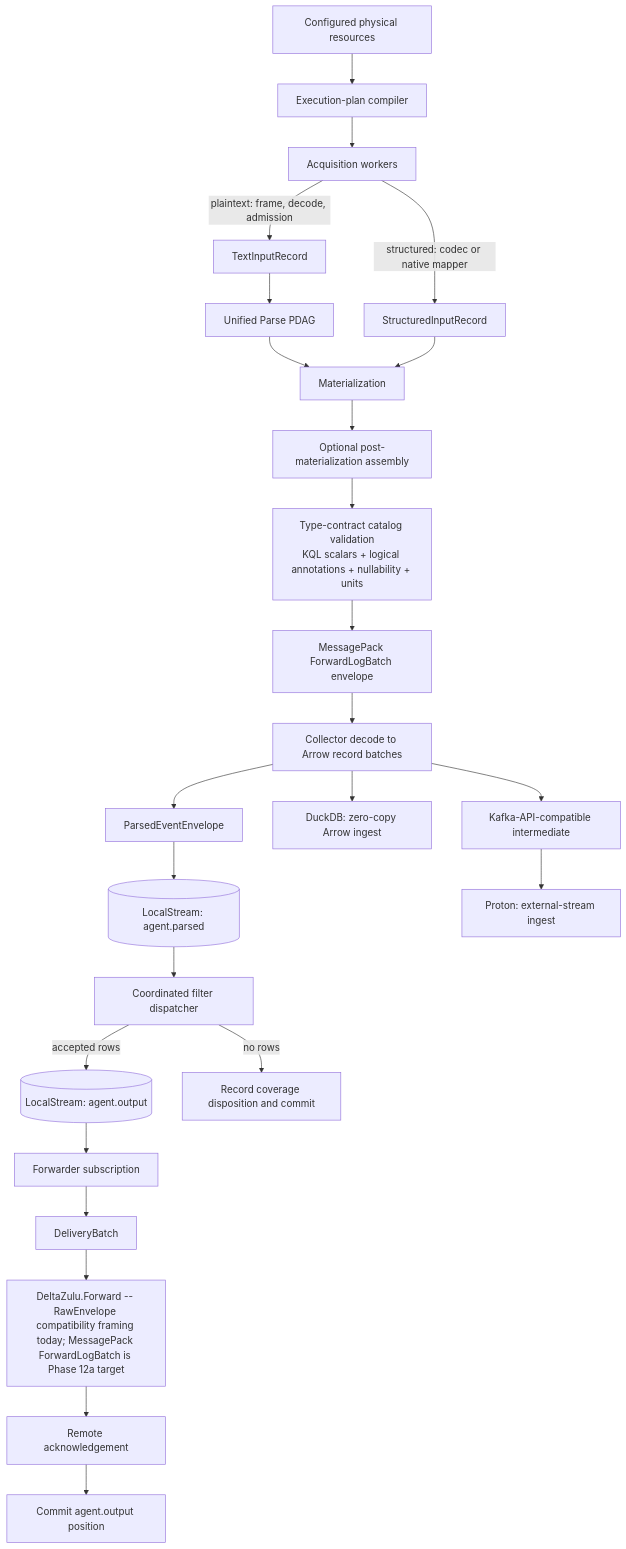
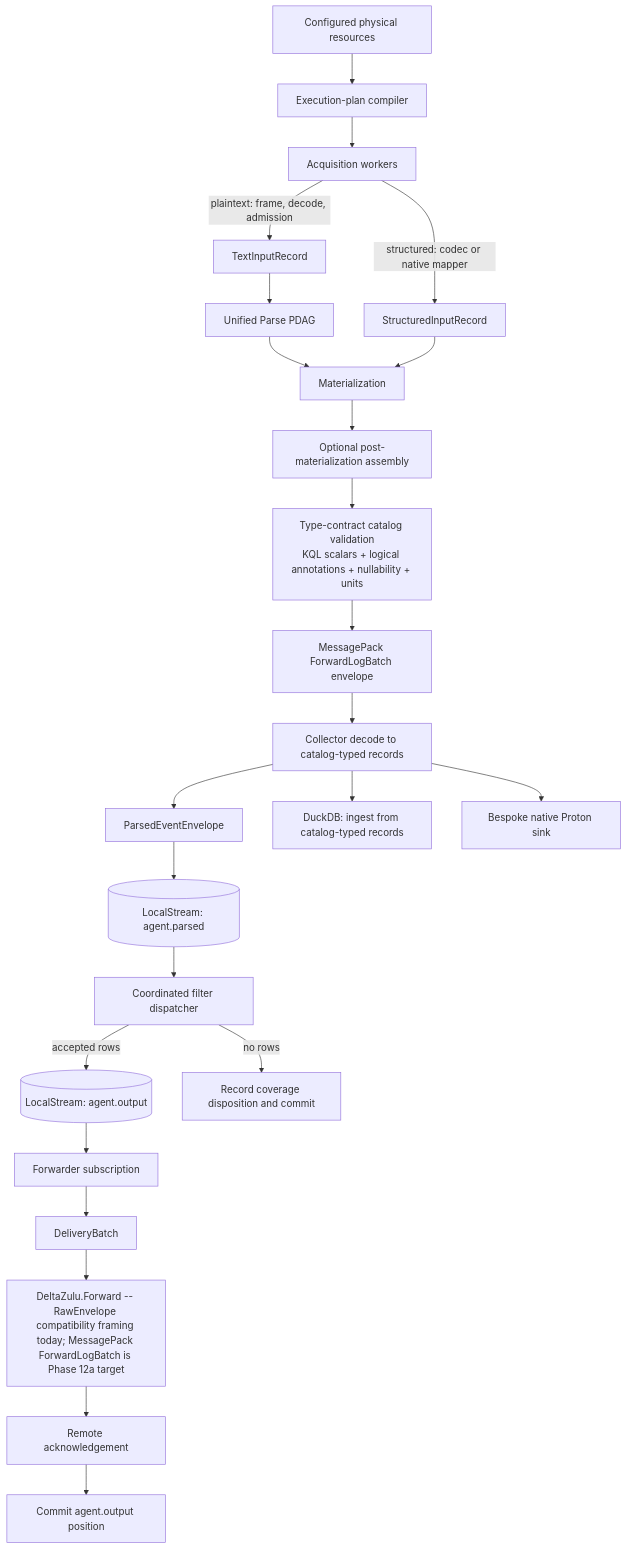
One commit to DeltaZulu-OU/DeltaZulu.Agent changed the diagram in docs/ARCHITECTURE.md. Above: the diagram before and after it, drawn with Mermaid. The commit also changed other lines of this file and 10 other files, not shown here.

````diff
--- a/docs/ARCHITECTURE.md
+++ b/docs/ARCHITECTURE.md
@@ -51,28 +54,27 @@
 ```mermaid
 flowchart TD
     R[Configured physical resources] --> P[Execution-plan compiler]
     P --> A[Acquisition workers]
     A -->|plaintext: frame, decode, admission| T[TextInputRecord]
     A -->|structured: codec or native mapper| S[StructuredInputRecord]
     T --> N[Unified Parse PDAG]
     N --> M[Materialization]
     S --> M
     M --> AS[Optional post-materialization assembly]
     AS --> SC[Type-contract catalog validation
 KQL scalars + logical annotations + nullability + units]
     SC --> AV[MessagePack ForwardLogBatch envelope]
-    AV --> AR[Collector decode to Arrow record batches]
+    AV --> AR[Collector decode to catalog-typed records]
     AR --> PE[ParsedEventEnvelope]
     PE --> PS[(LocalStream: agent.parsed)]
     PS --> FD[Coordinated filter dispatcher]
     FD -->|accepted rows| OS[(LocalStream: agent.output)]
     FD -->|no rows| D[Record coverage disposition and commit]
     OS --> RF[Forwarder subscription]
     RF --> B[DeliveryBatch]
     B --> FWD[DeltaZulu.Forward -- RawEnvelope compatibility framing today; MessagePack ForwardLogBatch is Phase 12a target]
     FWD --> ACK[Remote acknowledgement]
     ACK --> C[Commit agent.output position]
-    AR --> DDB[DuckDB: zero-copy Arrow ingest]
-    AR --> KI[Kafka-API-compatible intermediate]
-    KI --> PROTON[Proton: external-stream ingest]
+    AR --> DDB[DuckDB: ingest from catalog-typed records]
+    AR --> PROTON[Bespoke native Proton sink]
 ```
````
